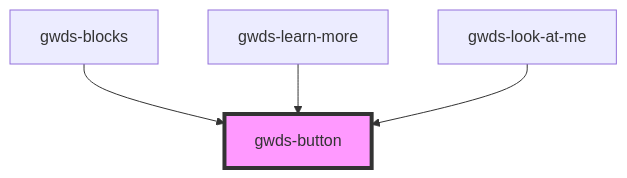
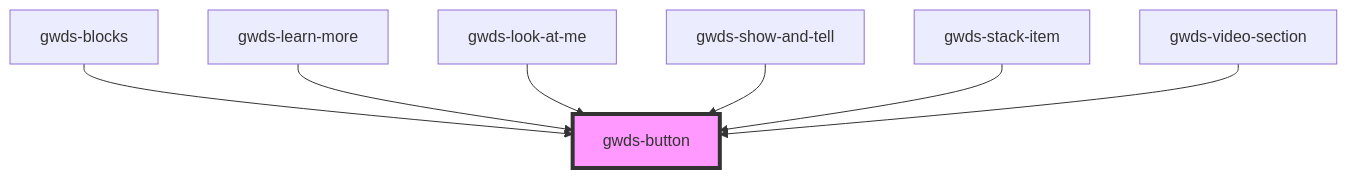
Before and after one commit to bsastregx/gwds-stenciljs: the diagram in src/components/gwds-button/readme.md, drawn with Mermaid. The commit also changed other lines of this file and 7898 other files, not shown here.

````diff
--- a/src/components/gwds-button/readme.md
+++ b/src/components/gwds-button/readme.md
@@ -29,7 +32,10 @@
 ```mermaid
 graph TD;
   gwds-blocks --> gwds-button
   gwds-learn-more --> gwds-button
   gwds-look-at-me --> gwds-button
+  gwds-show-and-tell --> gwds-button
+  gwds-stack-item --> gwds-button
+  gwds-video-section --> gwds-button
   style gwds-button fill:#f9f,stroke:#333,stroke-width:4px
 ```
````
